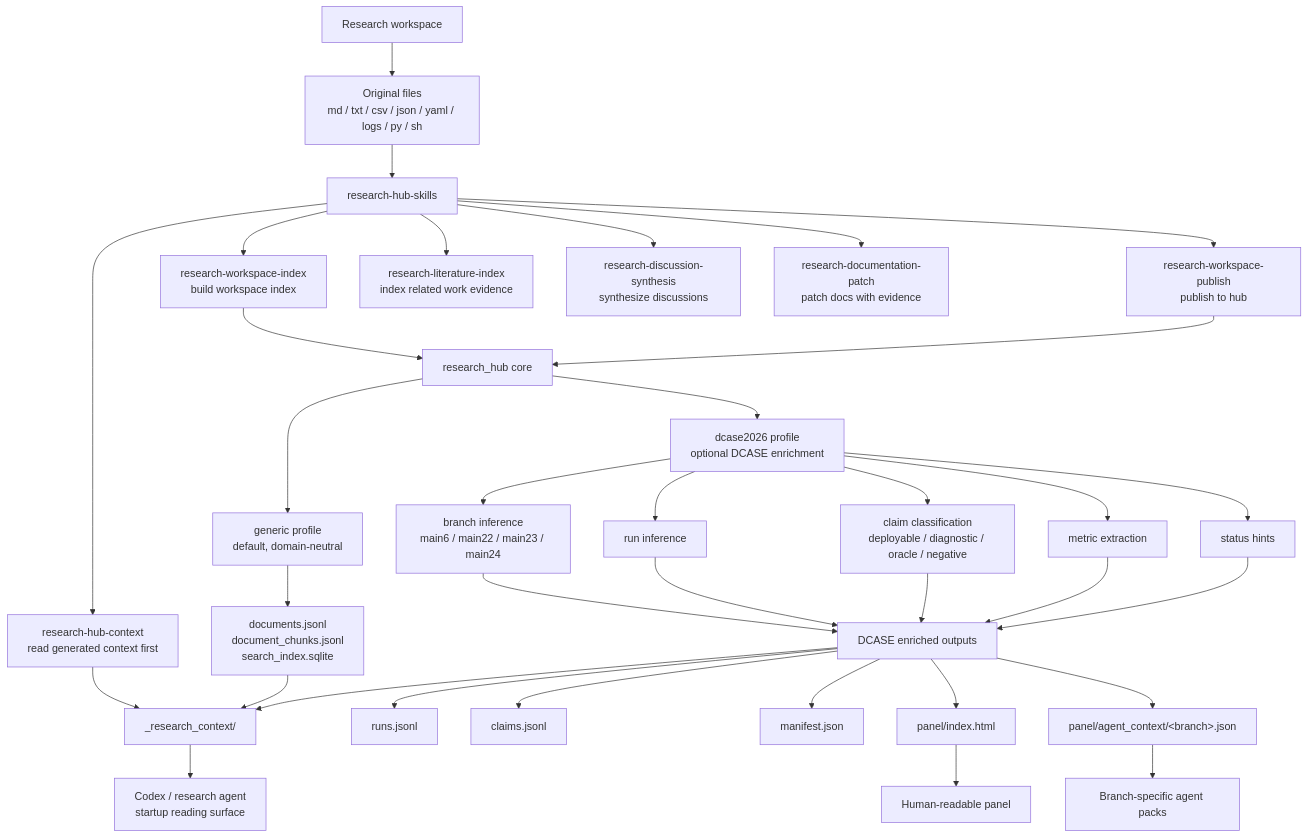
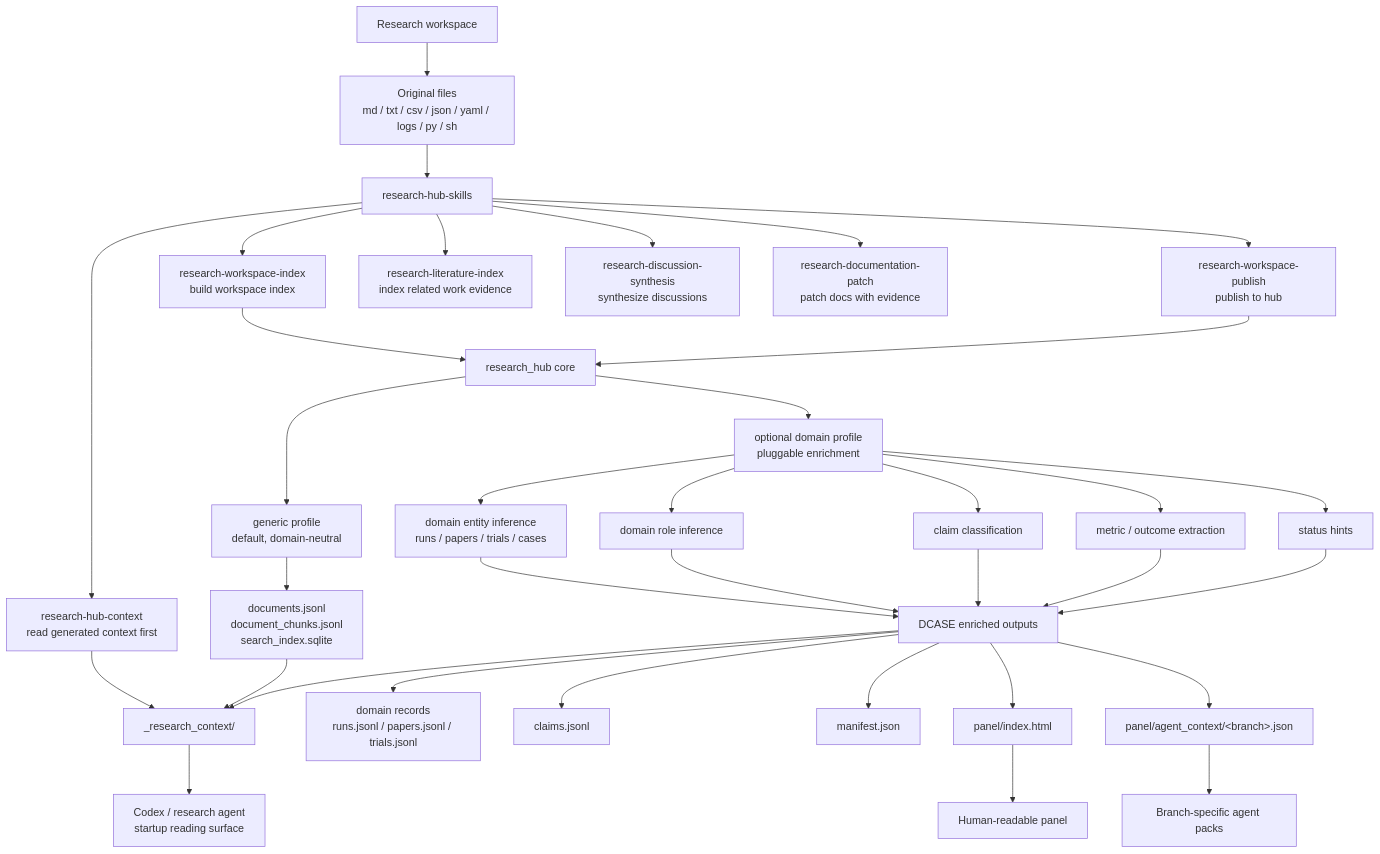
The first of 3 diagrams in docs/skill-map.md (UTurtle/research-hub-skills), drawn with Mermaid before and after one commit. The commit also changed other lines of this file and 1 other file, not shown here.

Commit message:
Generalize profile architecture docs

````diff
--- a/docs/skill-map.md
+++ b/docs/skill-map.md
@@ -15,45 +16,45 @@
 ```mermaid
 flowchart TD
     A["Research workspace"] --> RAW["Original files<br/>md / txt / csv / json / yaml / logs / py / sh"]
     RAW --> RH["research-hub-skills"]
 
     RH --> RHC["research-hub-context<br/>read generated context first"]
     RH --> RWI["research-workspace-index<br/>build workspace index"]
     RH --> RWP["research-workspace-publish<br/>publish to hub"]
     RH --> RLI["research-literature-index<br/>index related work evidence"]
     RH --> RDS["research-discussion-synthesis<br/>synthesize discussions"]
     RH --> RDP["research-documentation-patch<br/>patch docs with evidence"]
 
     RWI --> CORE["research_hub core"]
     RWP --> CORE
     RHC --> CTX["_research_context/"]
 
     CORE --> GENERIC["generic profile<br/>default, domain-neutral"]
-    CORE --> DCASE["dcase2026 profile<br/>optional DCASE enrichment"]
+    CORE --> PROFILE["optional domain profile<br/>pluggable enrichment"]
 
     GENERIC --> GOUT["documents.jsonl<br/>document_chunks.jsonl<br/>search_index.sqlite"]
 
-    DCASE --> D1["branch inference<br/>main6 / main22 / main23 / main24"]
-    DCASE --> D2["run inference"]
-    DCASE --> D3["claim classification<br/>deployable / diagnostic / oracle / negative"]
-    DCASE --> D4["metric extraction"]
-    DCASE --> D5["status hints"]
+    PROFILE --> D1["domain entity inference<br/>runs / papers / trials / cases"]
+    PROFILE --> D2["domain role inference"]
+    PROFILE --> D3["claim classification"]
+    PROFILE --> D4["metric / outcome extraction"]
+    PROFILE --> D5["status hints"]
 
     D1 --> DOUT["DCASE enriched outputs"]
     D2 --> DOUT
     D3 --> DOUT
     D4 --> DOUT
     D5 --> DOUT
 
-    DOUT --> O1["runs.jsonl"]
+    DOUT --> O1["domain records<br/>runs.jsonl / papers.jsonl / trials.jsonl"]
     DOUT --> O2["claims.jsonl"]
     DOUT --> O3["manifest.json"]
     DOUT --> O4["panel/index.html"]
     DOUT --> O5["panel/agent_context/&lt;branch&gt;.json"]
 
     GOUT --> CTX
     DOUT --> CTX
     CTX --> AGENT["Codex / research agent<br/>startup reading surface"]
     O4 --> PANEL["Human-readable panel"]
     O5 --> BRANCHCTX["Branch-specific agent packs"]
 ```
````
